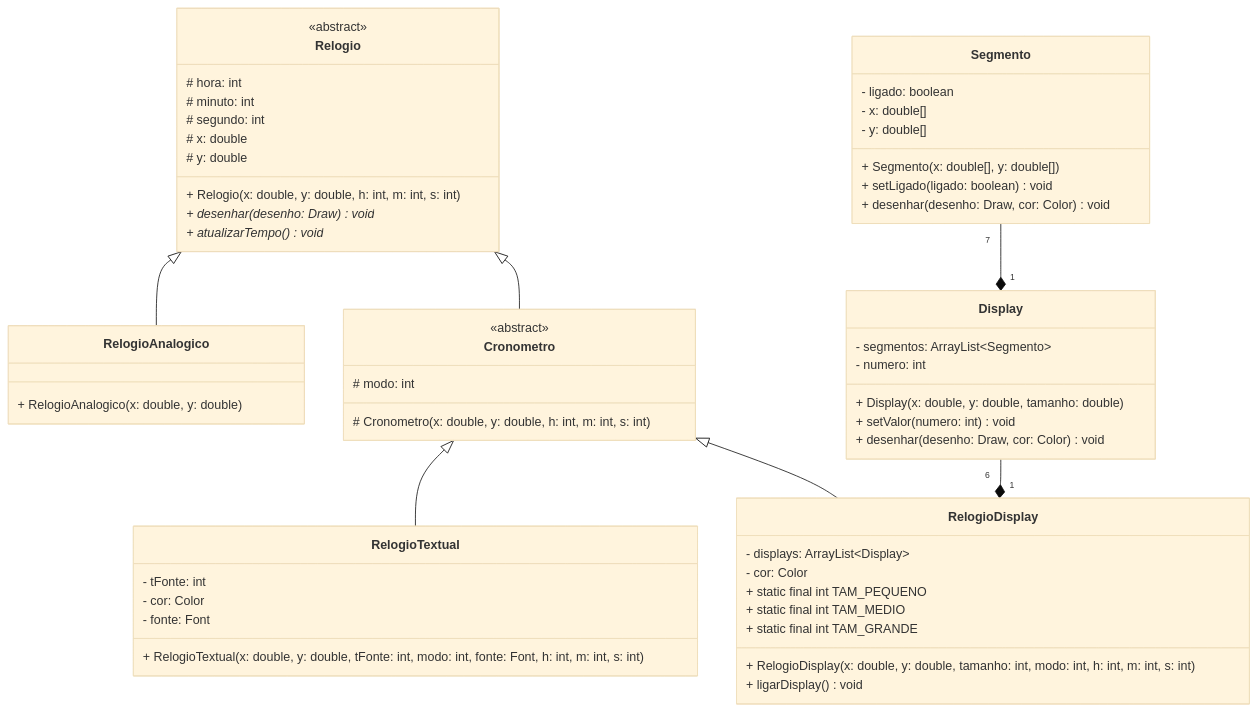
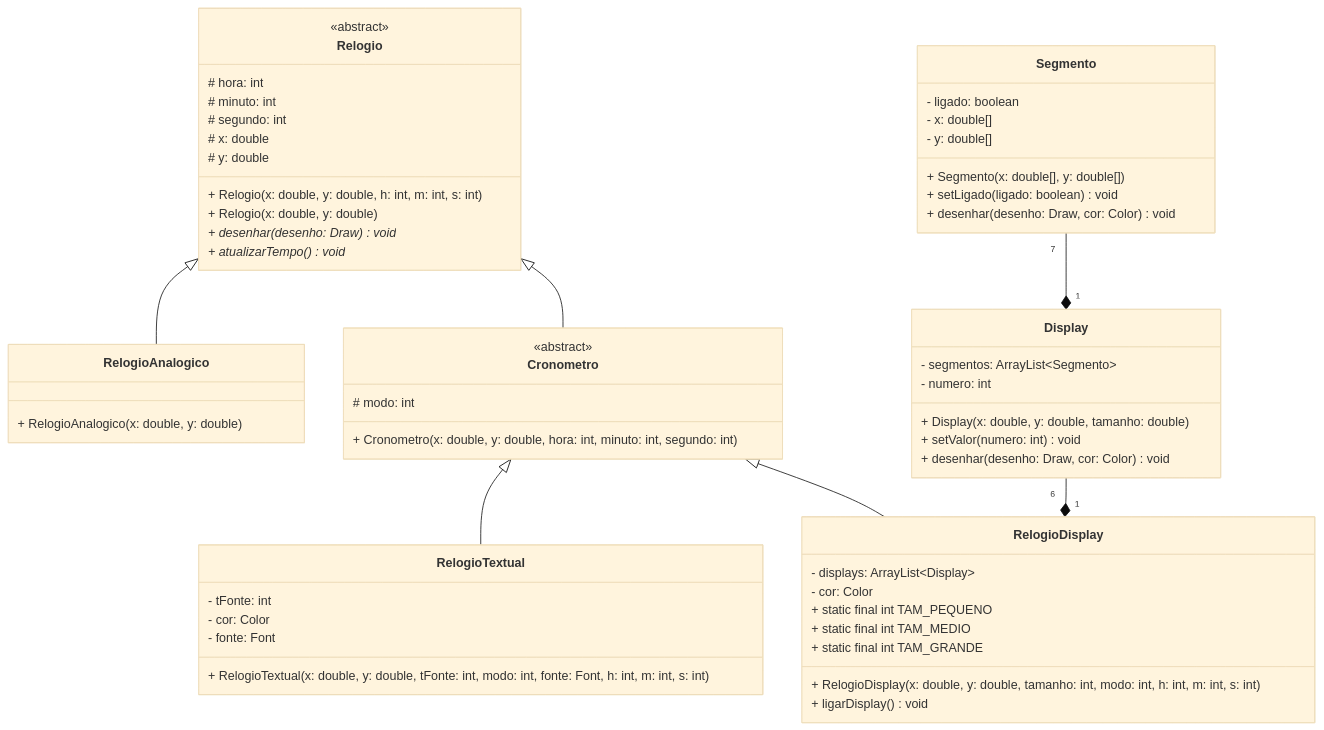
Before and after one commit to sfvini/POO: the diagram in lab_06/README.md, drawn with Mermaid (base theme). The commit also changed 9 other files, not shown here.

````diff
--- a/lab_06/README.md
+++ b/lab_06/README.md
@@ -1,70 +1,70 @@
 ```mermaid
 classDiagram
     direction BT
 
     RelogioTextual --|> Cronometro
     RelogioAnalogico --|> Relogio
     RelogioDisplay --|> Cronometro
 
     Cronometro --|> Relogio
 
     RelogioDisplay "1" *-- "6" Display
     Display "1" *-- "7" Segmento
 
     class Relogio {
         <<abstract>>
         # hora: int
         # minuto: int
         # segundo: int
         # x: double
         # y: double
         + Relogio(x: double, y: double, h: int, m: int, s: int)
+        + Relogio(x: double, y: double)
         + desenhar(desenho: Draw)* void
         + atualizarTempo()* void
     }
 
     class Cronometro {
         <<abstract>>
         # modo: int
-        # Cronometro(x: double, y: double, h: int, m: int, s: int)
+        + Cronometro(x: double, y: double, hora: int, minuto: int, segundo: int)
     }
 
     class RelogioDisplay {
         - displays: ArrayList~Display~
         - cor: Color
         + static final int TAM_PEQUENO
         + static final int TAM_MEDIO
         + static final int TAM_GRANDE
         + RelogioDisplay(x: double, y: double, tamanho: int, modo: int, h: int, m: int, s: int)
         + ligarDisplay() void
     }
 
     class RelogioTextual {
         - tFonte: int
         - cor: Color
         - fonte: Font
         + RelogioTextual(x: double, y: double, tFonte: int, modo: int, fonte: Font, h: int, m: int, s: int)
-
     }
 
     class RelogioAnalogico {
         + RelogioAnalogico(x: double, y: double)
     }
 
     class Display {
         - segmentos: ArrayList~Segmento~
         - numero: int
         + Display(x: double, y: double, tamanho: double)
         + setValor(numero: int) void
         + desenhar(desenho: Draw, cor: Color) void
     }
 
     class Segmento {
         - ligado: boolean
         - x: double[]
         - y: double[]
         + Segmento(x: double[], y: double[])
         + setLigado(ligado: boolean) void
         + desenhar(desenho: Draw, cor: Color) void
     }
 ```
````
